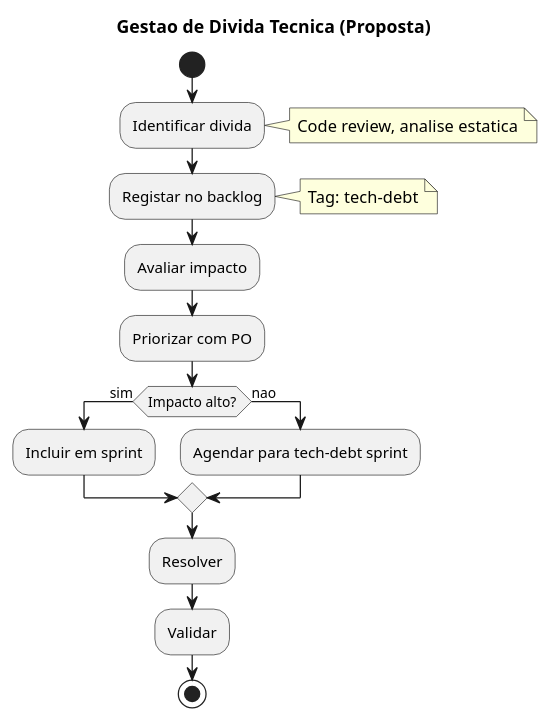
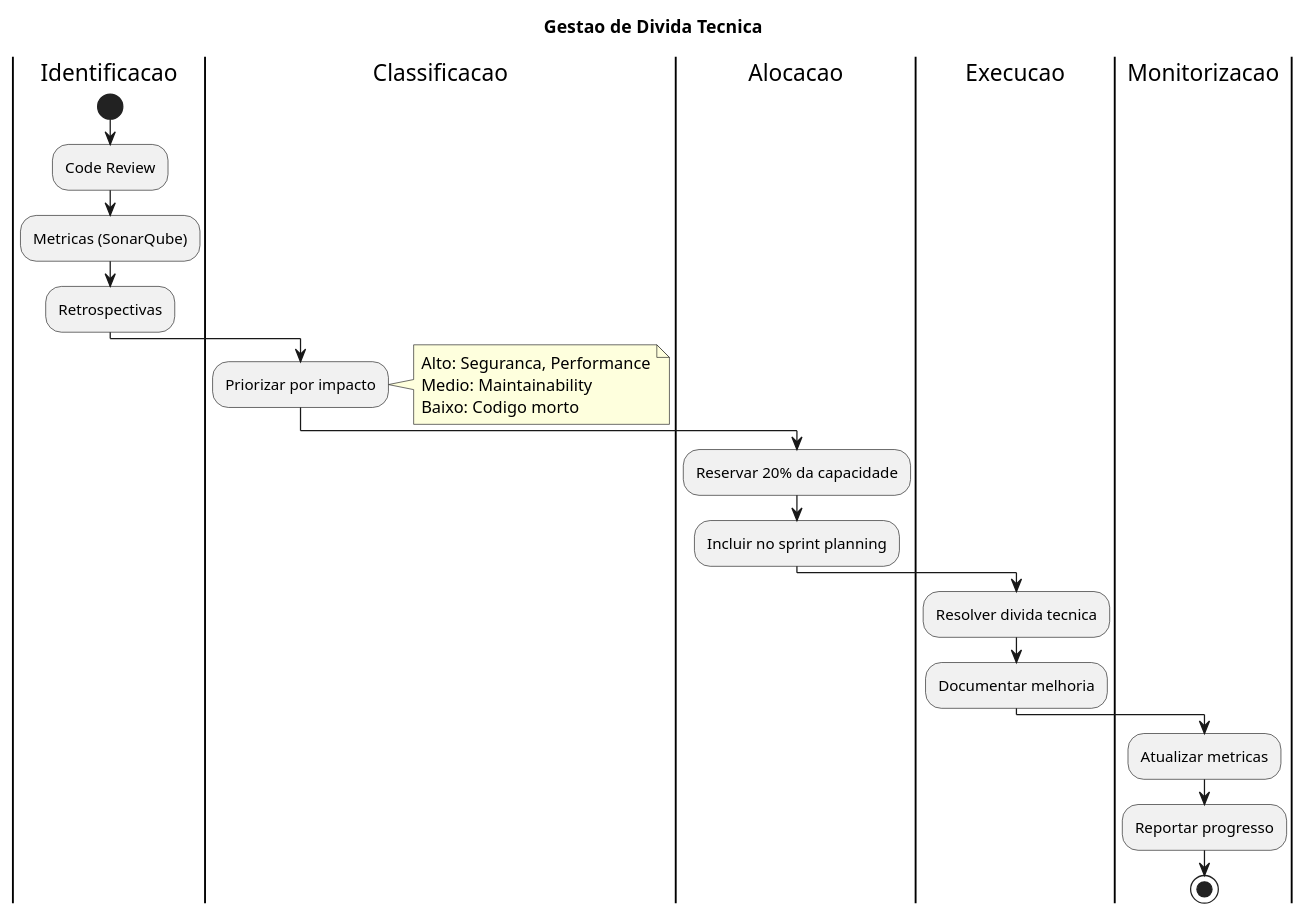
Before and after one commit to beduardo/novobanco_website_doc: the fourth of 6 diagrams in current/sections/SEC-15-governacao-roadmap.md, drawn with PlantUML. The commit also changed other lines of this file and 17 other files, not shown here.

````diff
--- a/current/sections/SEC-15-governacao-roadmap.md
+++ b/current/sections/SEC-15-governacao-roadmap.md
@@ -257,31 +214,35 @@
 ```plantuml
 @startuml
 skinparam backgroundColor white
 
-title Gestao de Divida Tecnica (Proposta)
+title Gestao de Divida Tecnica
 
+|Identificacao|
 start
+:Code Review;
+:Metricas (SonarQube);
+:Retrospectivas;
 
-:Identificar divida;
-note right: Code review, analise estatica
+|Classificacao|
+:Priorizar por impacto;
+note right
+Alto: Seguranca, Performance
+Medio: Maintainability
+Baixo: Codigo morto
+end note
 
-:Registar no backlog;
-note right: Tag: tech-debt
+|Alocacao|
+:Reservar 20% da capacidade;
+:Incluir no sprint planning;
 
-:Avaliar impacto;
+|Execucao|
+:Resolver divida tecnica;
+:Documentar melhoria;
 
-:Priorizar com PO;
-
-if (Impacto alto?) then (sim)
-  :Incluir em sprint;
-else (nao)
-  :Agendar para tech-debt sprint;
-endif
-
-:Resolver;
-:Validar;
-
+|Monitorizacao|
+:Atualizar metricas;
+:Reportar progresso;
 stop
 
 @enduml
 ```
````
